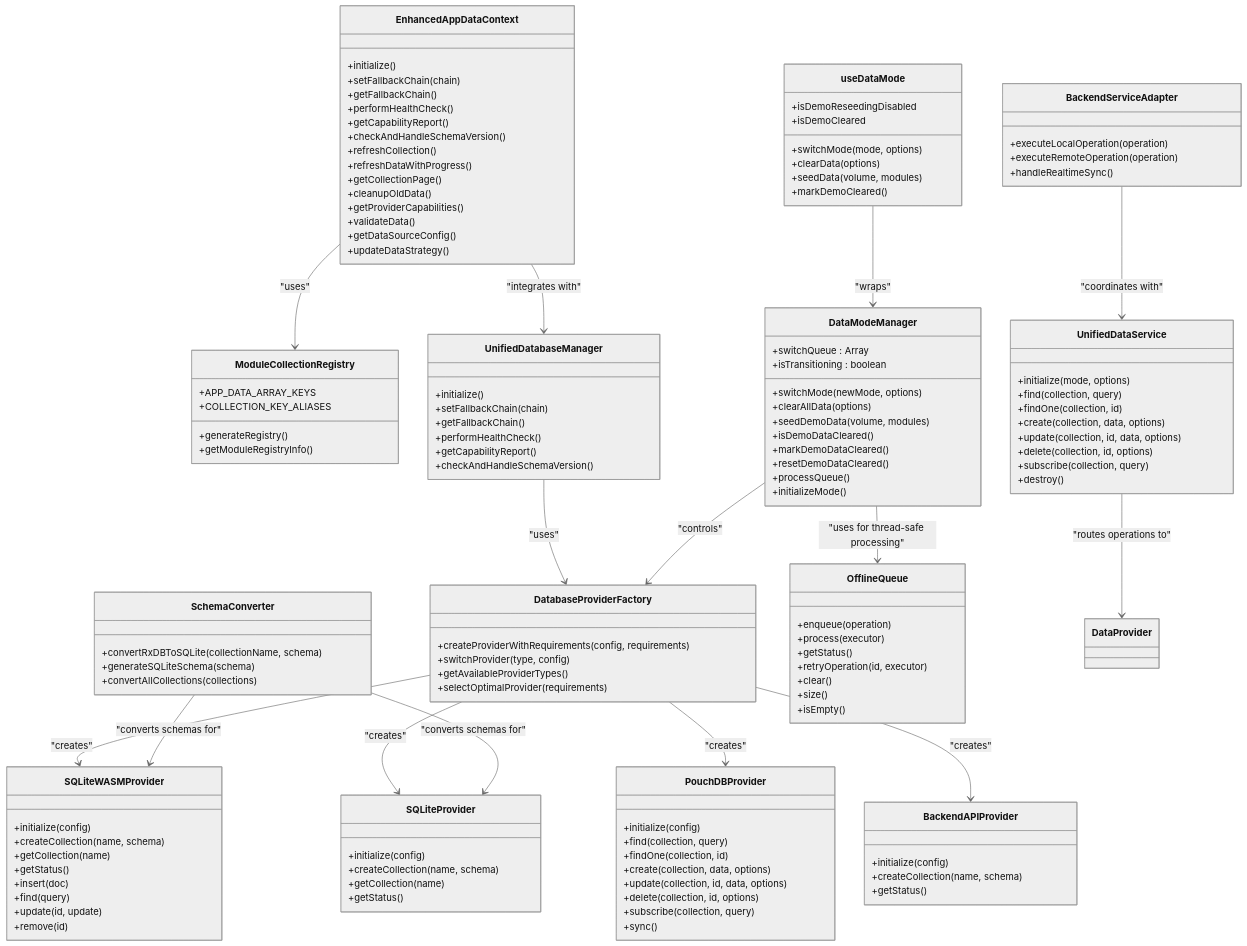
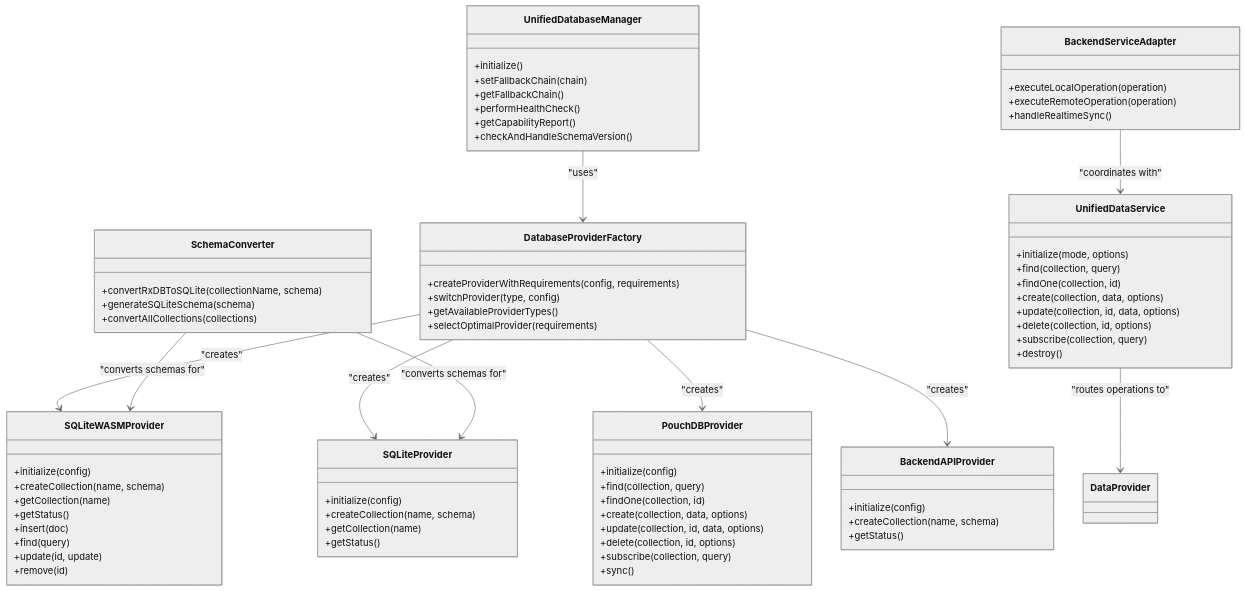
The second of 2 diagrams in .qoder/repowiki/en/content/Architecture Overview/Data Layer Architecture.md (geniusdynamics/schoolpilot), drawn with Mermaid (neutral theme) before and after one commit. The commit also changed other lines of this file and 311 other files, not shown here.

````diff
--- a/.qoder/repowiki/en/content/Architecture Overview/Data Layer Architecture.md
+++ b/.qoder/repowiki/en/content/Architecture Overview/Data Layer Architecture.md
@@ -330,27 +226,5 @@
 ```mermaid
 classDiagram
-class EnhancedAppDataContext {
-+initialize()
-+setFallbackChain(chain)
-+getFallbackChain()
-+performHealthCheck()
-+getCapabilityReport()
-+checkAndHandleSchemaVersion()
-+refreshCollection()
-+refreshDataWithProgress()
-+getCollectionPage()
-+cleanupOldData()
-+getProviderCapabilities()
-+validateData()
-+getDataSourceConfig()
-+updateDataStrategy()
-}
-class ModuleCollectionRegistry {
-+generateRegistry()
-+APP_DATA_ARRAY_KEYS
-+COLLECTION_KEY_ALIASES
-+getModuleRegistryInfo()
-}
 class UnifiedDatabaseManager {
 +initialize()
 +setFallbackChain(chain)
@@ -416,37 +290,6 @@
 +executeRemoteOperation(operation)
 +handleRealtimeSync()
 }
-class DataModeManager {
-+switchMode(newMode, options)
-+clearAllData(options)
-+seedDemoData(volume, modules)
-+isDemoDataCleared()
-+markDemoDataCleared()
-+resetDemoDataCleared()
-+processQueue()
-+initializeMode()
-+switchQueue : Array
-+isTransitioning : boolean
-}
-class useDataMode {
-+switchMode(mode, options)
-+clearData(options)
-+seedData(volume, modules)
-+isDemoReseedingDisabled
-+isDemoCleared
-+markDemoCleared()
-}
-class OfflineQueue {
-+enqueue(operation)
-+process(executor)
-+getStatus()
-+retryOperation(id, executor)
-+clear()
-+size()
-+isEmpty()
-}
-EnhancedAppDataContext --> ModuleCollectionRegistry : "uses"
-EnhancedAppDataContext --> UnifiedDatabaseManager : "integrates with"
 UnifiedDatabaseManager --> DatabaseProviderFactory : "uses"
 UnifiedDataService --> DataProvider : "routes operations to"
 DatabaseProviderFactory --> SQLiteWASMProvider : "creates"
@@ -456,7 +299,4 @@
 SchemaConverter --> SQLiteWASMProvider : "converts schemas for"
 SchemaConverter --> SQLiteProvider : "converts schemas for"
 BackendServiceAdapter --> UnifiedDataService : "coordinates with"
-DataModeManager --> DatabaseProviderFactory : "controls"
-useDataMode --> DataModeManager : "wraps"
-DataModeManager --> OfflineQueue : "uses for thread-safe processing"
 ```
````
